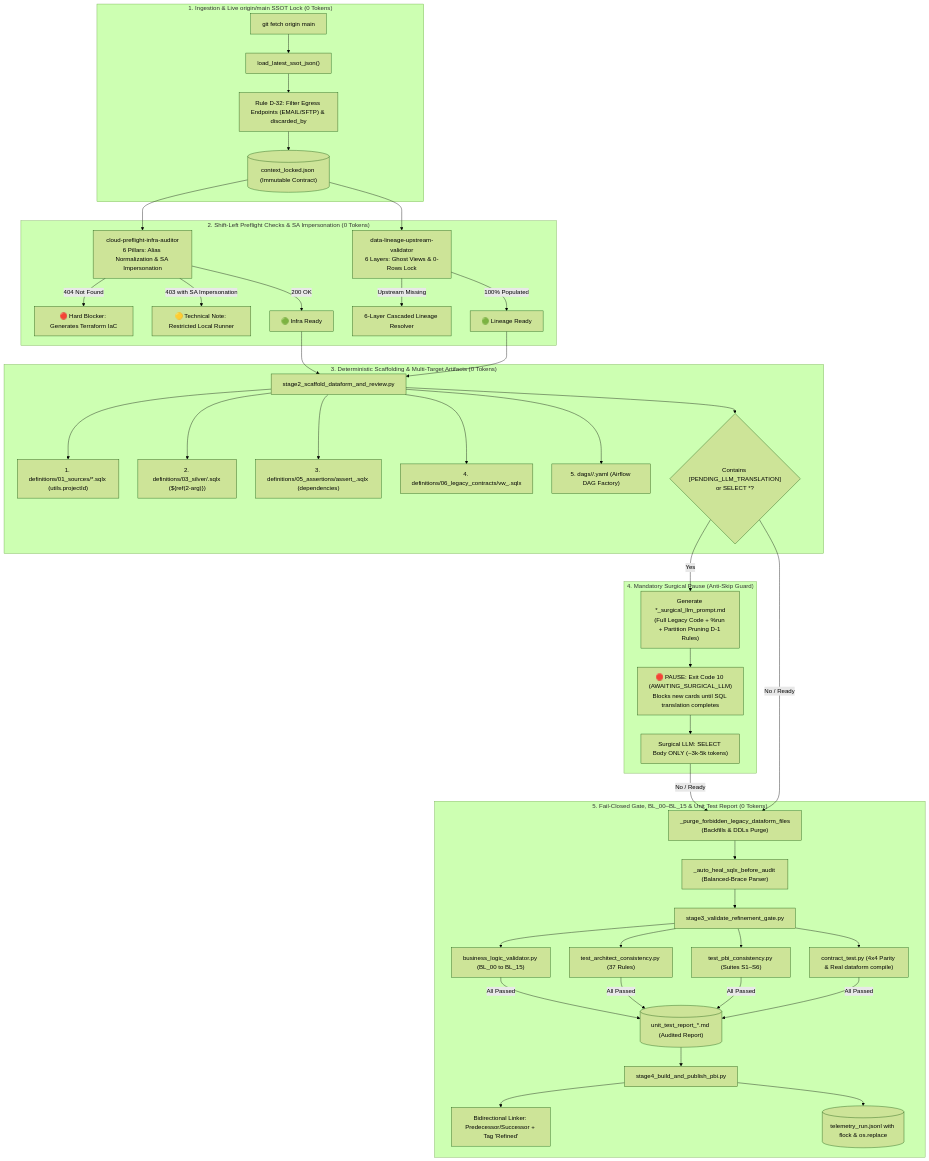
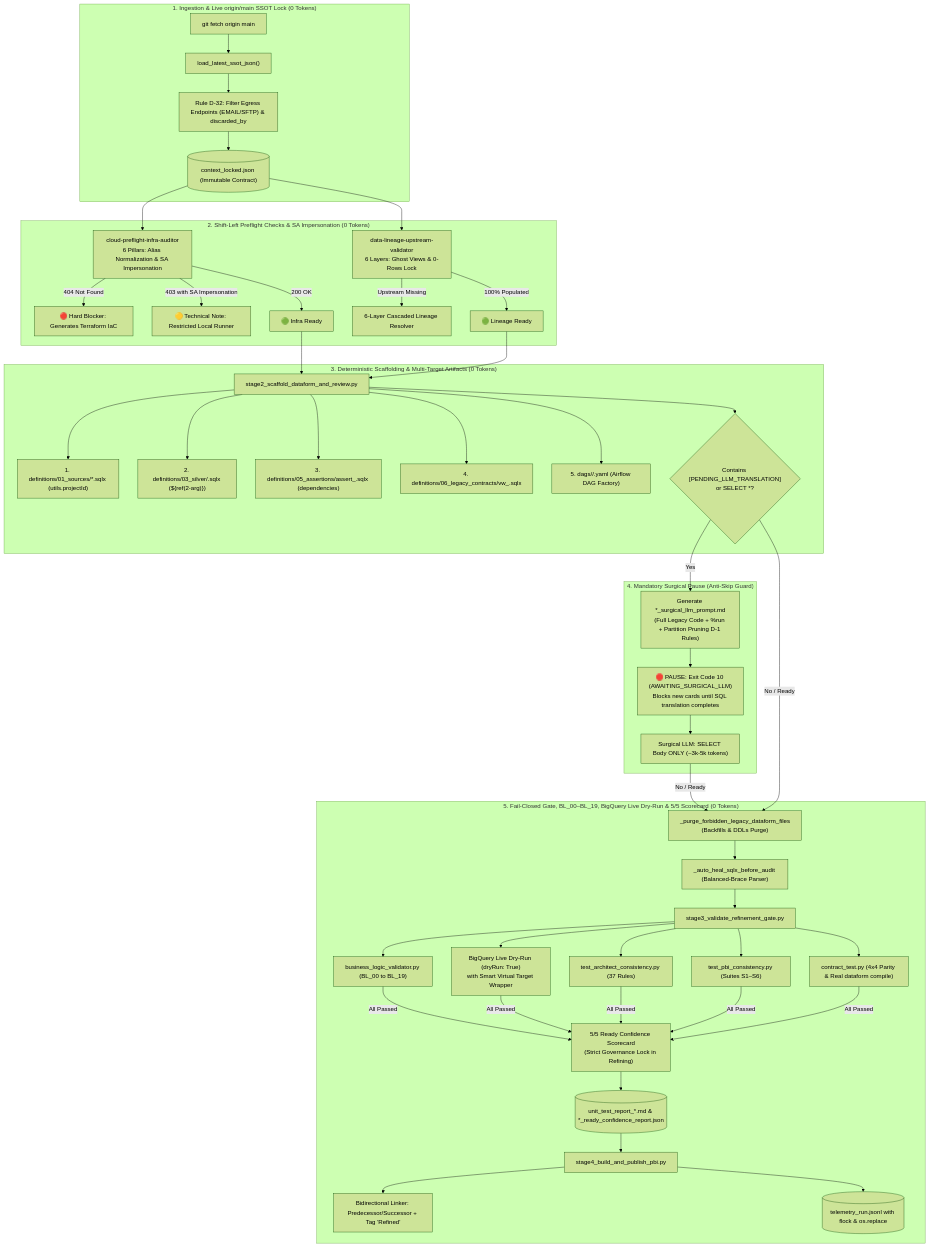
One commit to mvsimao/agent-skills changed the first of 5 diagrams in README.md. Above: the diagram before and after it, drawn with Mermaid (forest theme). The commit also changed other lines of this file and 10 other files, not shown here.

First line of the commit message:
feat: implement Wave 1-3 enterprise refinements (BL_00-BL_19, BigQuery live dry-run, gemini-3.8-flash self-healing)

````diff
--- a/README.md
+++ b/README.md
@@ -123,49 +129,51 @@
 ```mermaid
 flowchart TD
     subgraph INGRESS["1. Ingestion & Live origin/main SSOT Lock (0 Tokens)"]
         GIT["git fetch origin main"] --> SSOT["load_latest_ssot_json()"]
         SSOT --> D32["Rule D-32: Filter Egress Endpoints (EMAIL/SFTP) & discarded_by"]
         D32 --> CTX[("context_locked.json (Immutable Contract)")]
     end
 
     subgraph PREFLIGHT["2. Shift-Left Preflight Checks & SA Impersonation (0 Tokens)"]
         CTX --> SKILL1["cloud-preflight-infra-auditor\n6 Pillars: Alias Normalization & SA Impersonation"]
         CTX --> SKILL2["data-lineage-upstream-validator\n6 Layers: Ghost Views & 0-Rows Lock"]
         
         SKILL1 -->|404 Not Found| BLK1["🔴 Hard Blocker: Generates Terraform IaC"]
         SKILL1 -->|403 with SA Impersonation| WRN1["🟡 Technical Note: Restricted Local Runner"]
         SKILL1 -->|200 OK| PASS1["🟢 Infra Ready"]
         SKILL2 -->|Upstream Missing| LIN6["6-Layer Cascaded Lineage Resolver"]
         SKILL2 -->|100% Populated| PASS2["🟢 Lineage Ready"]
     end
 
     subgraph SCAFFOLD["3. Deterministic Scaffolding & Multi-Target Artifacts (0 Tokens)"]
         PASS1 & PASS2 --> SKILL3_STAGE2["stage2_scaffold_dataform_and_review.py"]
         SKILL3_STAGE2 --> A1["1. definitions/01_sources/*.sqlx (utils.projectId)"]
         SKILL3_STAGE2 --> A2["2. definitions/03_silver/<table>.sqlx (${ref(2-arg)})"]
         SKILL3_STAGE2 --> A3["3. definitions/05_assertions/assert_<table>.sqlx (dependencies)"]
         SKILL3_STAGE2 --> A4["4. definitions/06_legacy_contracts/vw_<table>.sqlx"]
         SKILL3_STAGE2 --> A5["5. dags/<region>/<dag_id>.yaml (Airflow DAG Factory)"]
         SKILL3_STAGE2 --> DETECT{"Contains [PENDING_LLM_TRANSLATION]\nor SELECT *?"}
     end
 
     subgraph SURGICAL_PAUSE["4. Mandatory Surgical Pause (Anti-Skip Guard)"]
         DETECT -->|Yes| PROMPT["Generate *_surgical_llm_prompt.md\n(Full Legacy Code + %run + Partition Pruning D-1 Rules)"]
         PROMPT --> PAUSE["🛑 PAUSE: Exit Code 10 (AWAITING_SURGICAL_LLM)\nBlocks new cards until SQL translation completes"]
         PAUSE --> LLM["Surgical LLM: SELECT Body ONLY (~3k-5k tokens)"]
     end
 
-    subgraph GATE["5. Fail-Closed Gate, BL_00–BL_15 & Unit Test Report (0 Tokens)"]
+    subgraph GATE["5. Fail-Closed Gate, BL_00–BL_19, BigQuery Live Dry-Run & 5/5 Scorecard (0 Tokens)"]
         LLM & DETECT -->|No / Ready| PURGE["_purge_forbidden_legacy_dataform_files\n(Backfills & DDLs Purge)"]
         PURGE --> HEAL["_auto_heal_sqlx_before_audit (Balanced-Brace Parser)"]
         HEAL --> GT["stage3_validate_refinement_gate.py"]
-        GT --> BL["business_logic_validator.py (BL_00 to BL_15)"]
+        GT --> BL["business_logic_validator.py (BL_00 to BL_19)"]
+        GT --> DR["BigQuery Live Dry-Run (dryRun: True)\nwith Smart Virtual Target Wrapper"]
         GT --> V1["test_architect_consistency.py (37 Rules)"]
         GT --> V2["test_pbi_consistency.py (Suites S1–S6)"]
         GT --> V3["contract_test.py (4x4 Parity & Real dataform compile)"]
-        BL & V1 & V2 & V3 -->|All Passed| UTR[("unit_test_report_*.md (Audited Report)")]
+        BL & DR & V1 & V2 & V3 -->|All Passed| SC["5/5 Ready Confidence Scorecard\n(Strict Governance Lock in Refining)"]
+        SC --> UTR[("unit_test_report_*.md & *_ready_confidence_report.json")]
         UTR --> PUB["stage4_build_and_publish_pbi.py"]
         PUB --> ADO["Bidirectional Linker: Predecessor/Successor + Tag 'Refined'"]
         PUB --> TLM[("telemetry_run.jsonl with flock & os.replace")]
     end
 ```
````
